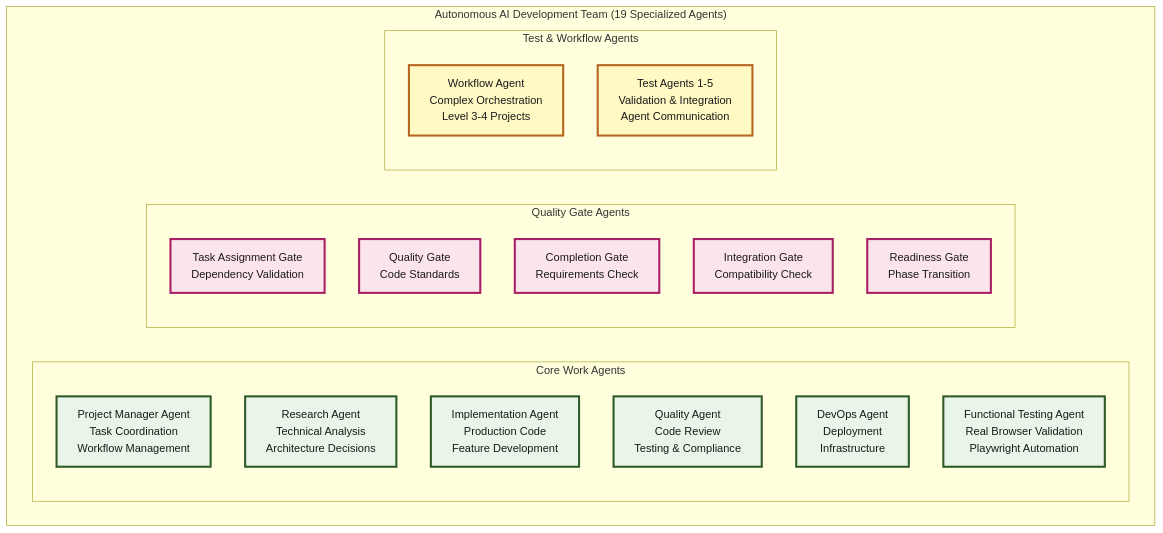
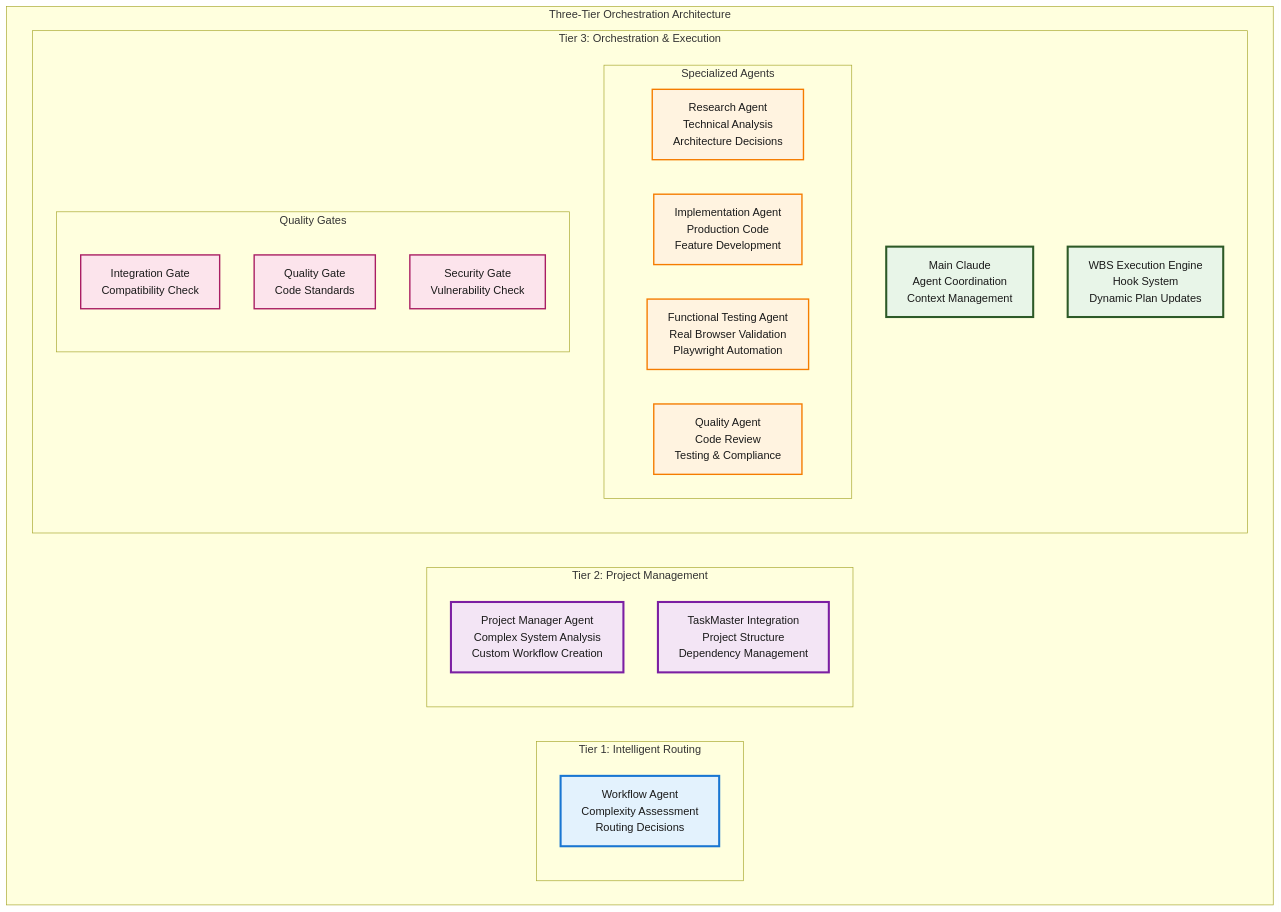
One commit to vanzan01/claude-code-sub-agent-collective changed the first of 2 diagrams in README.md. Above: the diagram before and after it, drawn with Mermaid. The commit also changed other lines of this file, not shown here.

First line of the commit message:
Comprehensive README update with Three-Tier Architecture documentation

````diff
--- a/README.md
+++ b/README.md
@@ -43,34 +53,43 @@
 ```mermaid
 graph TB
-    subgraph "Autonomous AI Development Team (19 Specialized Agents)"
-        subgraph "Core Work Agents"
-            PM[Project Manager Agent<br/>Task Coordination<br/>Workflow Management]
-            Research[Research Agent<br/>Technical Analysis<br/>Architecture Decisions]
-            Implementation[Implementation Agent<br/>Production Code<br/>Feature Development]
-            Quality[Quality Agent<br/>Code Review<br/>Testing & Compliance]
-            DevOps[DevOps Agent<br/>Deployment<br/>Infrastructure]
-            FuncTest[Functional Testing Agent<br/>Real Browser Validation<br/>Playwright Automation]
+    subgraph "Three-Tier Orchestration Architecture"
+        subgraph "Tier 1: Intelligent Routing"
+            WA[Workflow Agent<br/>Complexity Assessment<br/>Routing Decisions]
         end
         
-        subgraph "Quality Gate Agents"
-            TaskGate[Task Assignment Gate<br/>Dependency Validation]
-            QualityGate[Quality Gate<br/>Code Standards]
-            CompletionGate[Completion Gate<br/>Requirements Check]
-            IntegrationGate[Integration Gate<br/>Compatibility Check]
-            ReadinessGate[Readiness Gate<br/>Phase Transition]
+        subgraph "Tier 2: Project Management"  
+            PM[Project Manager Agent<br/>Complex System Analysis<br/>Custom Workflow Creation]
+            TM[TaskMaster Integration<br/>Project Structure<br/>Dependency Management]
         end
         
-        subgraph "Test & Workflow Agents"
-            WorkflowAgent[Workflow Agent<br/>Complex Orchestration<br/>Level 3-4 Projects]
-            TestAgents[Test Agents 1-5<br/>Validation & Integration<br/>Agent Communication]
+        subgraph "Tier 3: Orchestration & Execution"
+            MC[Main Claude<br/>Agent Coordination<br/>Context Management]
+            WBS[WBS Execution Engine<br/>Hook System<br/>Dynamic Plan Updates]
+            
+            subgraph "Specialized Agents"
+                Research[Research Agent<br/>Technical Analysis<br/>Architecture Decisions]
+                Implementation[Implementation Agent<br/>Production Code<br/>Feature Development]
+                FuncTest[Functional Testing Agent<br/>Real Browser Validation<br/>Playwright Automation]
+                Quality[Quality Agent<br/>Code Review<br/>Testing & Compliance]
+            end
+            
+            subgraph "Quality Gates"
+                IntegrationGate[Integration Gate<br/>Compatibility Check]
+                QualityGate[Quality Gate<br/>Code Standards]
+                SecurityGate[Security Gate<br/>Vulnerability Check]
+            end
         end
     end
     
-    classDef agent fill:#e8f5e8,stroke:#2d5a27,stroke-width:3px,color:#1a1a1a
-    classDef gate fill:#fce4ec,stroke:#a91e63,stroke-width:3px,color:#1a1a1a
-    classDef test fill:#fff9c4,stroke:#b5651d,stroke-width:3px,color:#1a1a1a
+    classDef tier1 fill:#e3f2fd,stroke:#1976d2,stroke-width:3px,color:#1a1a1a
+    classDef tier2 fill:#f3e5f5,stroke:#7b1fa2,stroke-width:3px,color:#1a1a1a
+    classDef tier3 fill:#e8f5e8,stroke:#2d5a27,stroke-width:3px,color:#1a1a1a
+    classDef agent fill:#fff3e0,stroke:#f57c00,stroke-width:2px,color:#1a1a1a
+    classDef gate fill:#fce4ec,stroke:#a91e63,stroke-width:2px,color:#1a1a1a
     
-    class PM,Research,Implementation,Quality,DevOps,FuncTest agent
-    class TaskGate,QualityGate,CompletionGate,IntegrationGate,ReadinessGate gate
-    class WorkflowAgent,TestAgents test
+    class WA tier1
+    class PM,TM tier2
+    class MC,WBS tier3
+    class Research,Implementation,FuncTest,Quality agent
+    class IntegrationGate,QualityGate,SecurityGate gate
 ```
````
